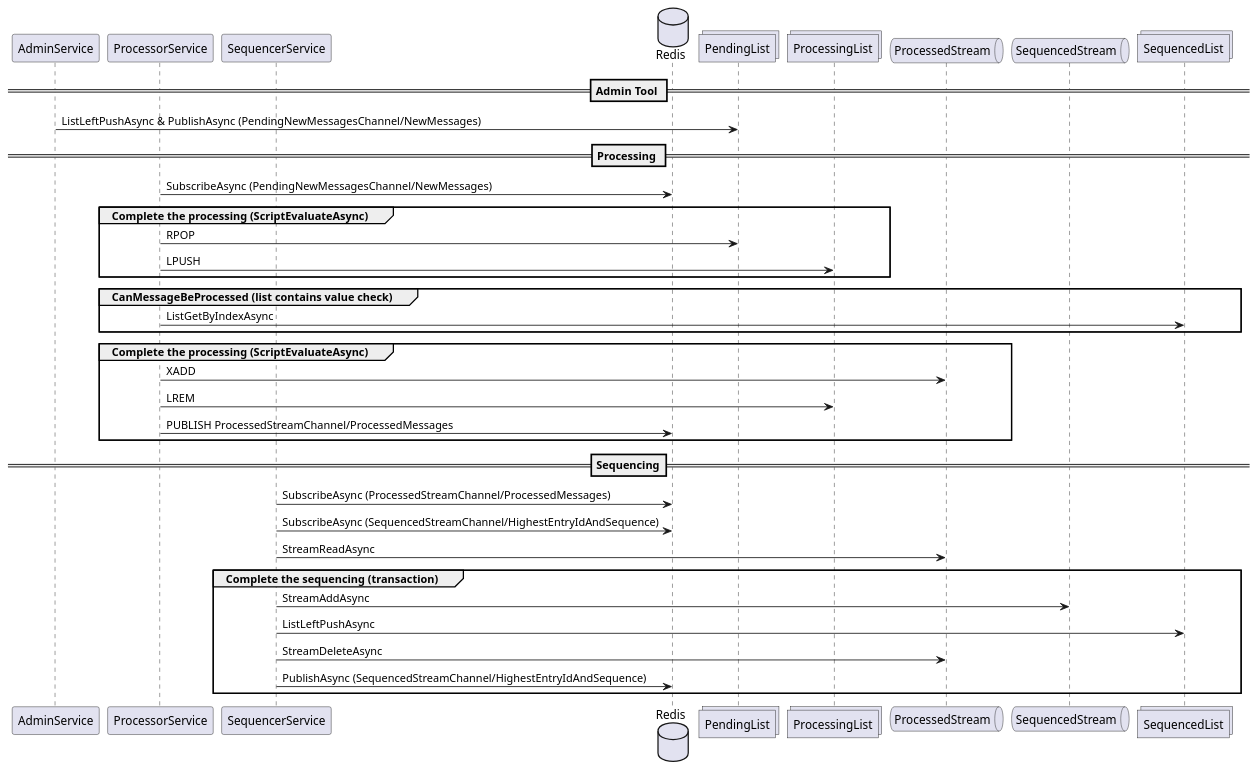
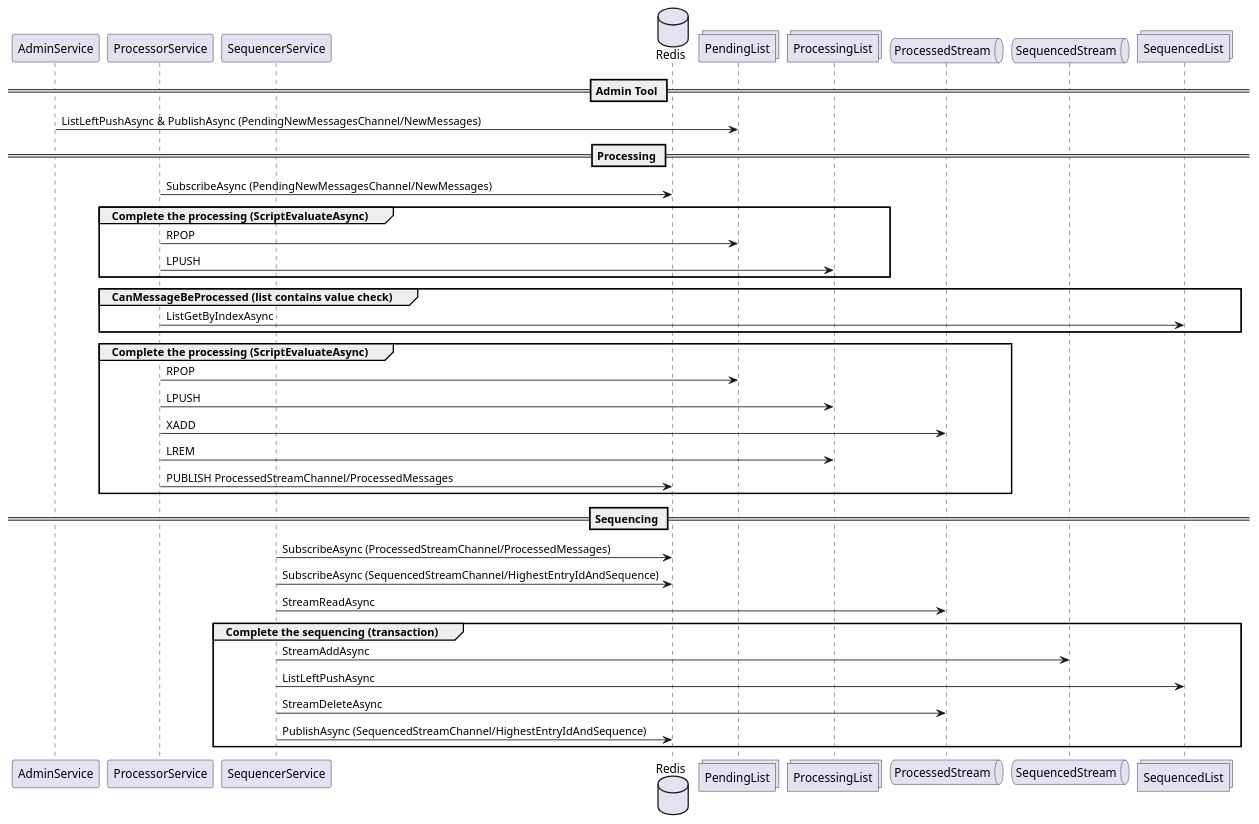
The diagram in Diagrams/sequence_lists-and-streams.puml (Ducharme/sequencer), drawn with PlantUML before and after one commit. The commit also changed 9 other files, not shown here.

Commit message:
Enhanced md files, updated diagrams, fixed scripts

```diff
--- a/Diagrams/sequence_lists-and-streams.puml
+++ b/Diagrams/sequence_lists-and-streams.puml
@@ -1,47 +1,51 @@
 @startuml
-participant AdminService as  as
+participant AdminService     as adm
 participant ProcessorService as ps
 participant SequencerService as ss
 database    Redis            as redis
 collections PendingList      as pending_lst
 collections ProcessingList   as processing_lst
 queue       ProcessedStream  as processed_str
 queue       SequencedStream  as sequenced_str
 collections SequencedList    as sequenced_lst
 
 
 == Admin Tool ==
 
-as -> pending_lst : ListLeftPushAsync & PublishAsync (PendingNewMessagesChannel/NewMessages)
+adm -> pending_lst : ListLeftPushAsync & PublishAsync (PendingNewMessagesChannel/NewMessages)
 
 == Processing ==
 
 ps -> redis : SubscribeAsync (PendingNewMessagesChannel/NewMessages)
 
 group Complete the processing (ScriptEvaluateAsync)
     ps -> pending_lst : RPOP
     ps -> processing_lst : LPUSH
 end
 
 group CanMessageBeProcessed (list contains value check)
     ps -> sequenced_lst : ListGetByIndexAsync
 end
+
 group Complete the processing (ScriptEvaluateAsync)
+    ps -> pending_lst : RPOP
+    ps -> processing_lst : LPUSH
     ps -> processed_str : XADD
     ps -> processing_lst : LREM
     ps -> redis : PUBLISH ProcessedStreamChannel/ProcessedMessages
 end
 
-== Sequencing==
+== Sequencing ==
 
 ss -> redis : SubscribeAsync (ProcessedStreamChannel/ProcessedMessages)
 ss -> redis : SubscribeAsync (SequencedStreamChannel/HighestEntryIdAndSequence)
 ss -> processed_str : StreamReadAsync
+
 group Complete the sequencing (transaction)
     ss -> sequenced_str : StreamAddAsync
     ss -> sequenced_lst : ListLeftPushAsync
     ss -> processed_str : StreamDeleteAsync
     ss -> redis : PublishAsync (SequencedStreamChannel/HighestEntryIdAndSequence)
 end
 
 @enduml
```
